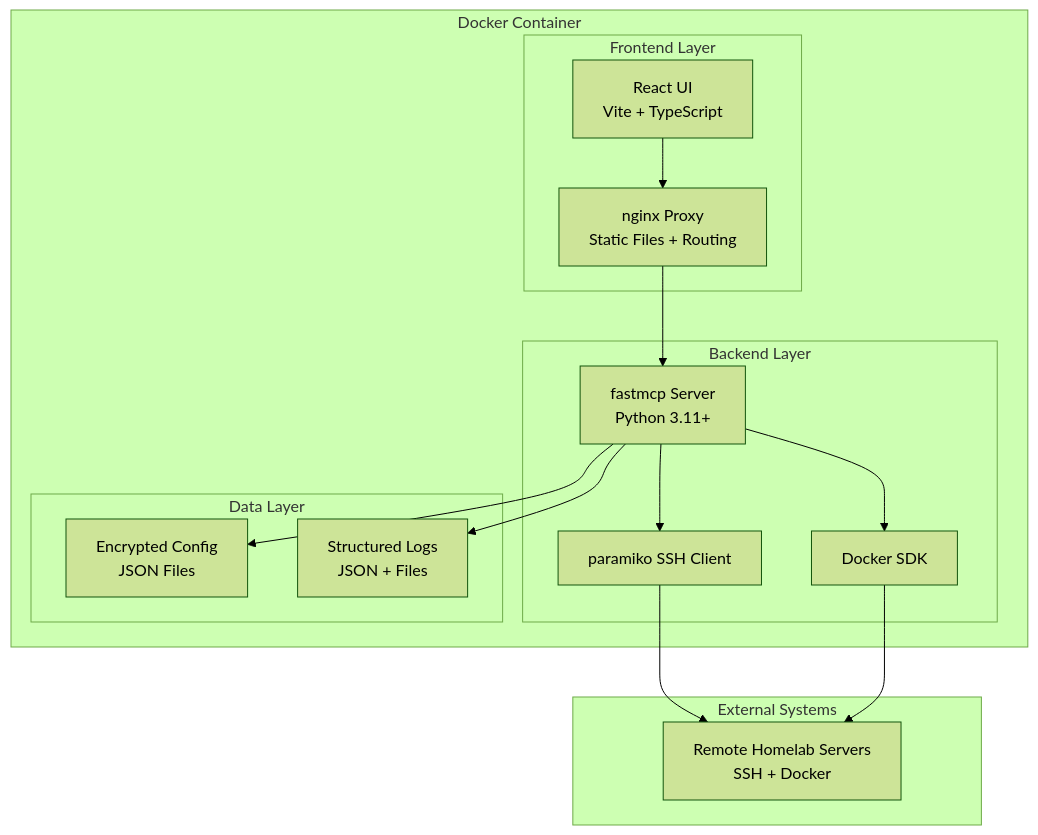
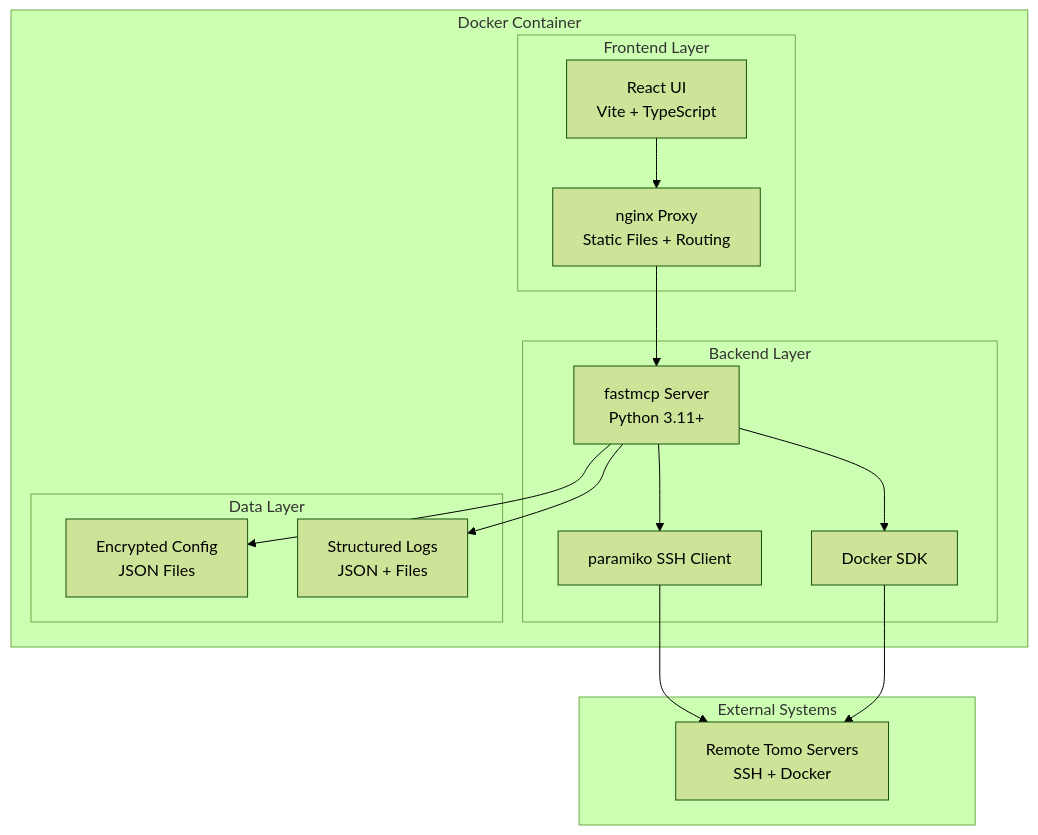
One commit to cbabil/homelab changed the first of 4 diagrams in docs/ARCHITECTURE.md. Above: the diagram before and after it, drawn with Mermaid (forest theme). The commit also changed other lines of this file and 1207 other files, not shown here.

First line of the commit message:
chore: rebrand from Homelab Assistant to Tomo

````diff
--- a/docs/ARCHITECTURE.md
+++ b/docs/ARCHITECTURE.md
@@ -19,33 +19,33 @@
 ```mermaid
 graph TB
     subgraph "Docker Container"
         subgraph "Frontend Layer"
             UI[React UI<br/>Vite + TypeScript]
             Nginx[nginx Proxy<br/>Static Files + Routing]
         end
         
         subgraph "Backend Layer"
             MCP[fastmcp Server<br/>Python 3.11+]
             SSH[paramiko SSH Client]
             Docker[Docker SDK]
         end
         
         subgraph "Data Layer"
             Config[Encrypted Config<br/>JSON Files]
             Logs[Structured Logs<br/>JSON + Files]
         end
     end
     
     subgraph "External Systems"
-        Remote[Remote Homelab Servers<br/>SSH + Docker]
+        Remote[Remote Tomo Servers<br/>SSH + Docker]
     end
     
     UI --> Nginx
     Nginx --> MCP
     MCP --> SSH
     MCP --> Docker
     MCP --> Config
     MCP --> Logs
     SSH --> Remote
     Docker --> Remote
 ```
````
